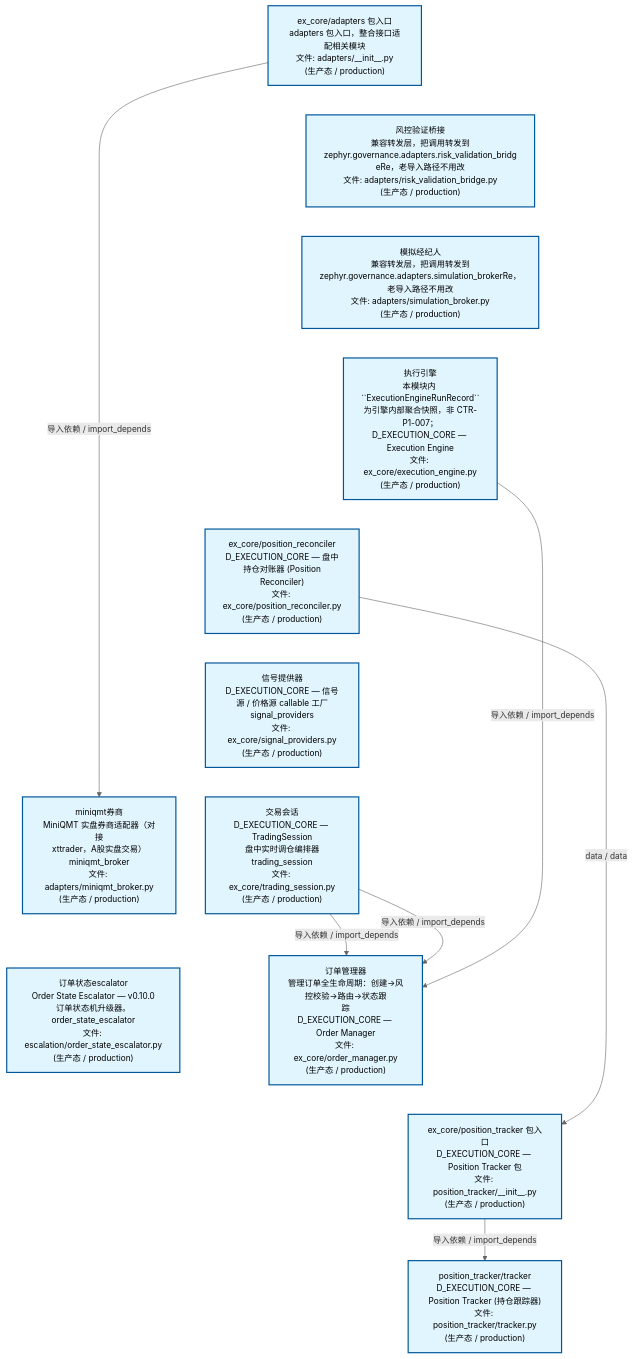
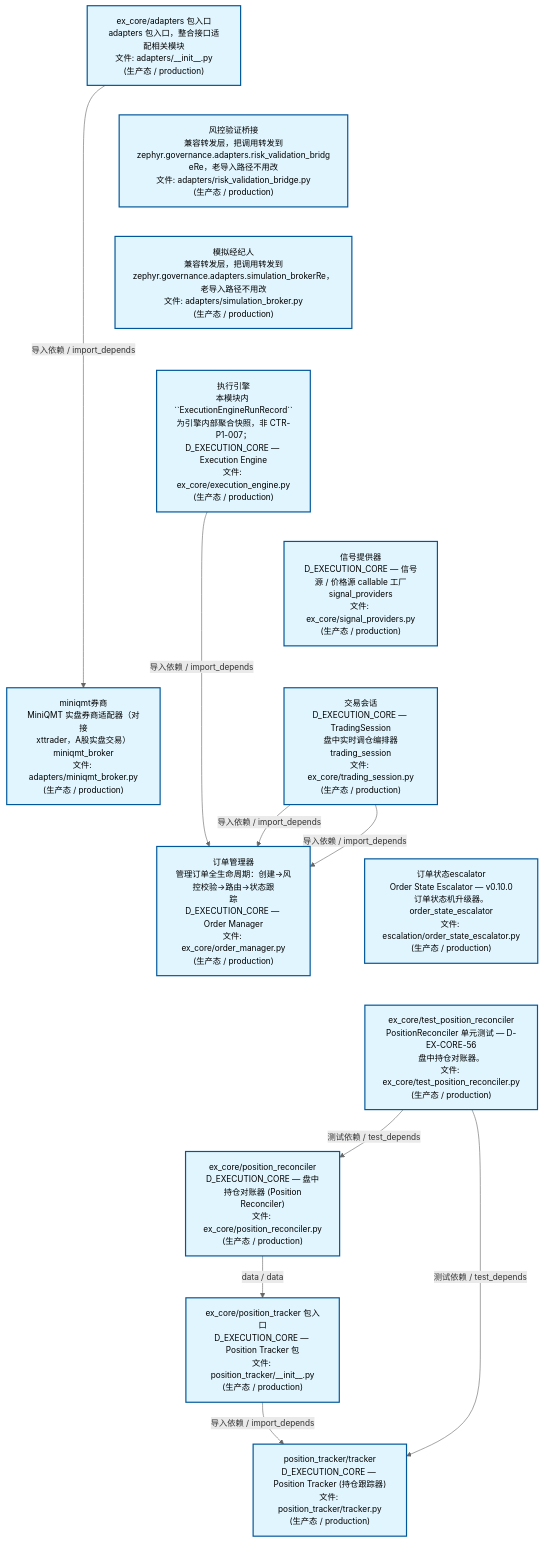
Before and after one commit to xuanFelixVan/ZephyrAlpha: the second of 4 diagrams in docs/02_enterprise_architecture/02_domain_architecture_docs/44_d_ex_core.md, drawn with Mermaid. The commit also changed other lines of this file and 43 other files, not shown here.

````diff
--- a/docs/02_enterprise_architecture/02_domain_architecture_docs/44_d_ex_core.md
+++ b/docs/02_enterprise_architecture/02_domain_architecture_docs/44_d_ex_core.md
@@ -208,36 +211,39 @@
 ```mermaid
 %%{init: {'theme': 'base', 'themeVariables': {'primaryColor': '#eaeaea', 'primaryTextColor': '#333333', 'primaryBorderColor': '#666666', 'lineColor': '#666666', 'secondaryColor': '#eaeaea', 'tertiaryColor': '#eaeaea', 'fontSize': '14px'}}}%%
 flowchart TD
     src_zephyr_ex_core_adapters_init_py["ex_core/adapters 包入口<br/>adapters 包入口，整合接口适配相关模块<br/>文件: adapters/__init__.py<br/>(生产态 / production)"]
     src_zephyr_ex_core_adapters_risk_validation_bridge_py["风控验证桥接<br/>兼容转发层，把调用转发到<br/>zephyr.governance.adapters.risk_validation_bridg<br/>eRe，老导入路径不用改<br/>文件: adapters/risk_validation_bridge.py<br/>(生产态 / production)"]
     src_zephyr_ex_core_adapters_simulation_broker_py["模拟经纪人<br/>兼容转发层，把调用转发到<br/>zephyr.governance.adapters.simulation_brokerRe，<br/>老导入路径不用改<br/>文件: adapters/simulation_broker.py<br/>(生产态 / production)"]
     src_zephyr_ex_core_execution_engine_py["执行引擎<br/>本模块内 ``ExecutionEngineRunRecord``<br/>为引擎内部聚合快照，非 CTR-P1-007；<br/>D_EXECUTION_CORE — Execution Engine<br/>文件: ex_core/execution_engine.py<br/>(生产态 / production)"]
-    src_zephyr_ex_core_position_reconciler_py["ex_core/position_reconciler<br/>D_EXECUTION_CORE — 盘中持仓对账器 (Position<br/>Reconciler)<br/>文件: ex_core/position_reconciler.py<br/>(生产态 / production)"]
     src_zephyr_ex_core_signal_providers_py["信号提供器<br/>D_EXECUTION_CORE — 信号源 / 价格源 callable 工厂<br/>signal_providers<br/>文件: ex_core/signal_providers.py<br/>(生产态 / production)"]
     src_zephyr_ex_core_trading_session_py["交易会话<br/>D_EXECUTION_CORE — TradingSession<br/>盘中实时调仓编排器<br/>trading_session<br/>文件: ex_core/trading_session.py<br/>(生产态 / production)"]
     src_zephyr_governance_escalation_order_state_escalator_py["订单状态escalator<br/>Order State Escalator — v0.10.0<br/>订单状态机升级器。<br/>order_state_escalator<br/>文件: escalation/order_state_escalator.py<br/>(生产态 / production)"]
+    tests_ex_core_test_position_reconciler_py["ex_core/test_position_reconciler<br/>PositionReconciler 单元测试 — D-EX-CORE-56<br/>盘中持仓对账器。<br/>文件: ex_core/test_position_reconciler.py<br/>(生产态 / production)"]
     src_zephyr_ex_core_adapters_init_py ~~~ src_zephyr_ex_core_adapters_risk_validation_bridge_py
     src_zephyr_ex_core_adapters_risk_validation_bridge_py ~~~ src_zephyr_ex_core_adapters_simulation_broker_py
     src_zephyr_ex_core_adapters_simulation_broker_py ~~~ src_zephyr_ex_core_execution_engine_py
-    src_zephyr_ex_core_execution_engine_py ~~~ src_zephyr_ex_core_position_reconciler_py
-    src_zephyr_ex_core_position_reconciler_py ~~~ src_zephyr_ex_core_signal_providers_py
+    src_zephyr_ex_core_execution_engine_py ~~~ src_zephyr_ex_core_signal_providers_py
     src_zephyr_ex_core_signal_providers_py ~~~ src_zephyr_ex_core_trading_session_py
     src_zephyr_ex_core_trading_session_py ~~~ src_zephyr_governance_escalation_order_state_escalator_py
+    src_zephyr_governance_escalation_order_state_escalator_py ~~~ tests_ex_core_test_position_reconciler_py
     src_zephyr_ex_core_adapters_miniqmt_broker_py["miniqmt券商<br/>MiniQMT 实盘券商适配器（对接<br/>xttrader，A股实盘交易）<br/>miniqmt_broker<br/>文件: adapters/miniqmt_broker.py<br/>(生产态 / production)"]
     src_zephyr_ex_core_order_manager_py["订单管理器<br/>管理订单全生命周期：创建->风控校验->路由->状态跟<br/>踪<br/>D_EXECUTION_CORE — Order Manager<br/>文件: ex_core/order_manager.py<br/>(生产态 / production)"]
+    src_zephyr_ex_core_position_reconciler_py["ex_core/position_reconciler<br/>D_EXECUTION_CORE — 盘中持仓对账器 (Position<br/>Reconciler)<br/>文件: ex_core/position_reconciler.py<br/>(生产态 / production)"]
+    src_zephyr_ex_core_adapters_miniqmt_broker_py ~~~ src_zephyr_ex_core_order_manager_py
+    src_zephyr_ex_core_order_manager_py ~~~ src_zephyr_ex_core_position_reconciler_py
     src_zephyr_ex_core_position_tracker_init_py["ex_core/position_tracker 包入口<br/>D_EXECUTION_CORE — Position Tracker 包<br/>文件: position_tracker/__init__.py<br/>(生产态 / production)"]
-    src_zephyr_ex_core_adapters_miniqmt_broker_py ~~~ src_zephyr_ex_core_order_manager_py
-    src_zephyr_ex_core_order_manager_py ~~~ src_zephyr_ex_core_position_tracker_init_py
     src_zephyr_ex_core_position_tracker_tracker_py["position_tracker/tracker<br/>D_EXECUTION_CORE — Position Tracker (持仓跟踪器)<br/>文件: position_tracker/tracker.py<br/>(生产态 / production)"]
-    src_zephyr_ex_core_position_reconciler_py -->|data / data| src_zephyr_ex_core_position_tracker_init_py
+    src_zephyr_ex_core_execution_engine_py -->|导入依赖 / import_depends| src_zephyr_ex_core_order_manager_py
     src_zephyr_ex_core_trading_session_py -->|导入依赖 / import_depends| src_zephyr_ex_core_order_manager_py
     src_zephyr_ex_core_trading_session_py -->|导入依赖 / import_depends| src_zephyr_ex_core_order_manager_py
-    src_zephyr_ex_core_execution_engine_py -->|导入依赖 / import_depends| src_zephyr_ex_core_order_manager_py
     src_zephyr_ex_core_adapters_init_py -->|导入依赖 / import_depends| src_zephyr_ex_core_adapters_miniqmt_broker_py
     src_zephyr_ex_core_position_tracker_init_py -->|导入依赖 / import_depends| src_zephyr_ex_core_position_tracker_tracker_py
+    src_zephyr_ex_core_position_reconciler_py -->|data / data| src_zephyr_ex_core_position_tracker_init_py
+    tests_ex_core_test_position_reconciler_py -->|测试依赖 / test_depends| src_zephyr_ex_core_position_tracker_tracker_py
+    tests_ex_core_test_position_reconciler_py -->|测试依赖 / test_depends| src_zephyr_ex_core_position_reconciler_py
     classDef production fill:#e1f5fe,stroke:#01579b,stroke-width:2px,color:#000
     classDef design fill:#fff3e0,stroke:#e65100,stroke-width:2px,color:#000,stroke-dasharray: 5 5
     classDef external_prod fill:#e8f4fd,stroke:#0277bd,stroke-width:1px,color:#000
     classDef external_design fill:#fff8e7,stroke:#ef6c00,stroke-width:1px,color:#000,stroke-dasharray: 5 5
-    class src_zephyr_ex_core_adapters_init_py,src_zephyr_ex_core_adapters_miniqmt_broker_py,src_zephyr_ex_core_adapters_risk_validation_bridge_py,src_zephyr_ex_core_adapters_simulation_broker_py,src_zephyr_ex_core_execution_engine_py,src_zephyr_ex_core_order_manager_py,src_zephyr_ex_core_position_reconciler_py,src_zephyr_ex_core_position_tracker_init_py,src_zephyr_ex_core_position_tracker_tracker_py,src_zephyr_ex_core_signal_providers_py,src_zephyr_ex_core_trading_session_py,src_zephyr_governance_escalation_order_state_escalator_py production
+    class src_zephyr_ex_core_adapters_init_py,src_zephyr_ex_core_adapters_miniqmt_broker_py,src_zephyr_ex_core_adapters_risk_validation_bridge_py,src_zephyr_ex_core_adapters_simulation_broker_py,src_zephyr_ex_core_execution_engine_py,src_zephyr_ex_core_order_manager_py,src_zephyr_ex_core_position_reconciler_py,src_zephyr_ex_core_position_tracker_init_py,src_zephyr_ex_core_position_tracker_tracker_py,src_zephyr_ex_core_signal_providers_py,src_zephyr_ex_core_trading_session_py,src_zephyr_governance_escalation_order_state_escalator_py,tests_ex_core_test_position_reconciler_py production
 ```
````
